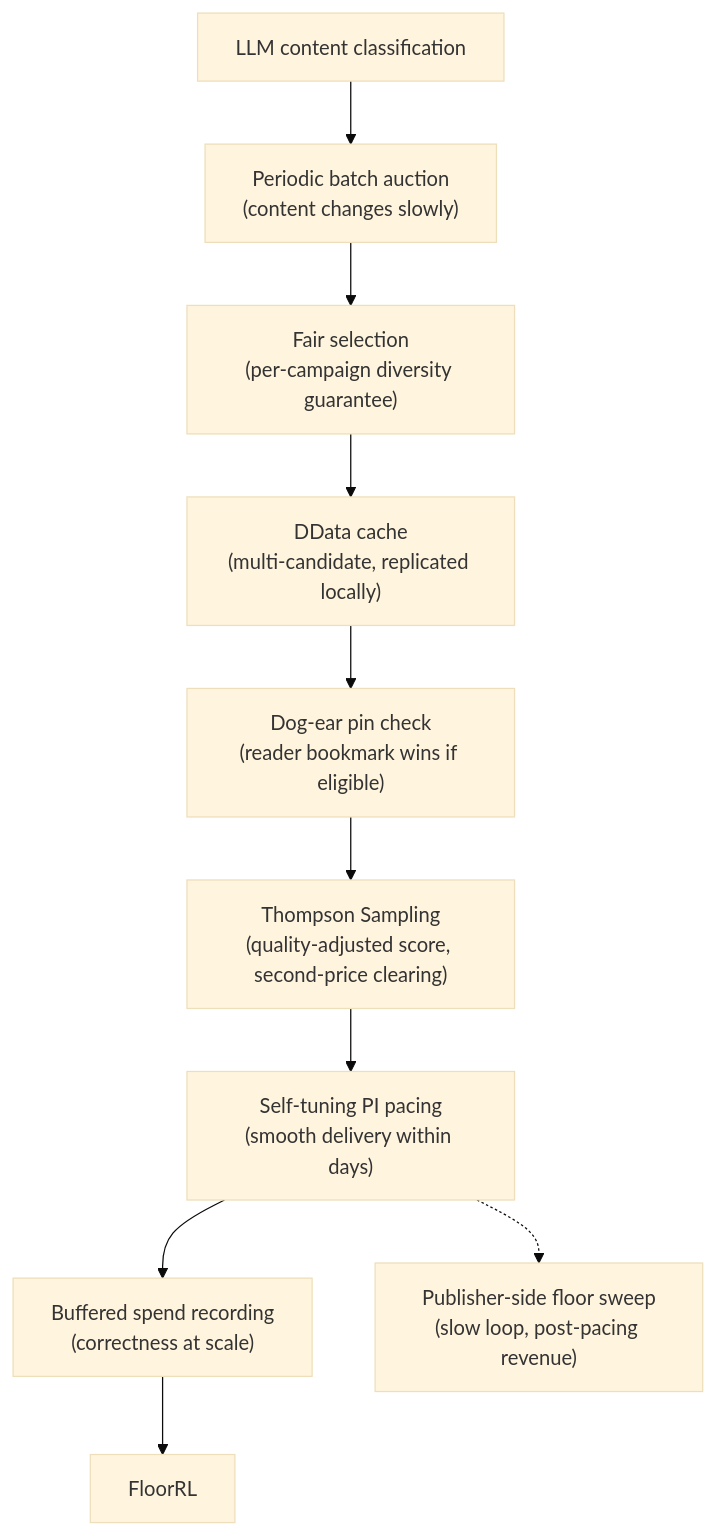
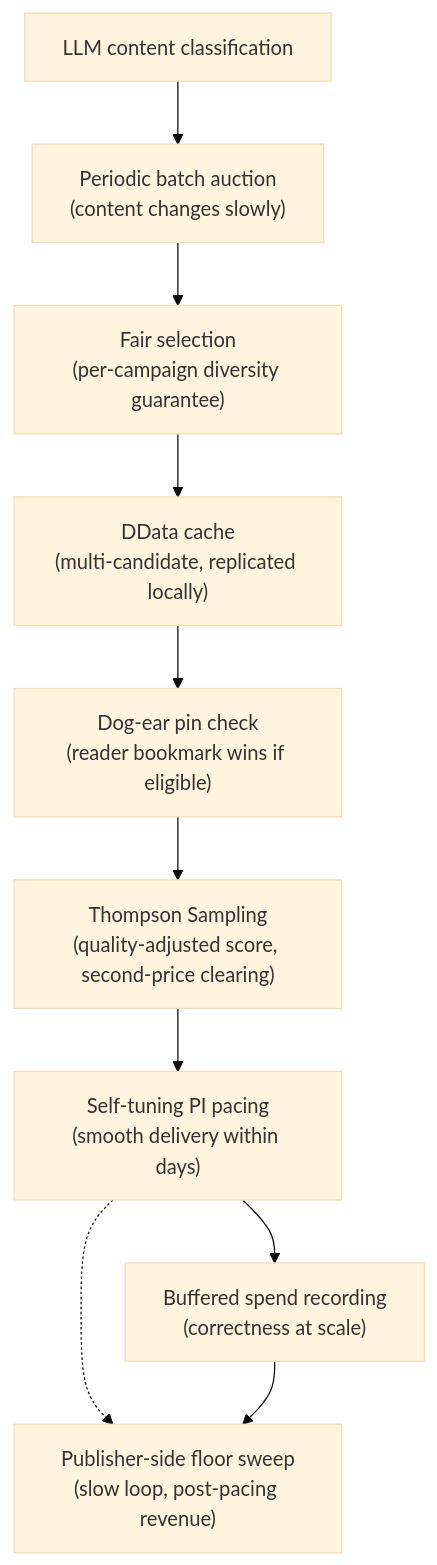
One commit to promovolve/promovolve-book changed the diagram in src/comparison/innovations.md. Above: the diagram before and after it, drawn with Mermaid (base theme). The commit also changed other lines of this file and 13 other files, not shown here.

````diff
--- a/src/comparison/innovations.md
+++ b/src/comparison/innovations.md
@@ -101,12 +101,12 @@
 ```mermaid
 graph TD
     LLM["LLM content classification"] --> Auction["Periodic batch auction<br/>(content changes slowly)"]
     Auction --> Fair["Fair selection<br/>(per-campaign diversity guarantee)"]
     Fair --> DData["DData cache<br/>(multi-candidate, replicated locally)"]
     DData --> Pin["Dog-ear pin check<br/>(reader bookmark wins if eligible)"]
     Pin --> TS["Thompson Sampling<br/>(quality-adjusted score, second-price clearing)"]
     TS --> PI["Self-tuning PI pacing<br/>(smooth delivery within days)"]
     PI --> Spend["Buffered spend recording<br/>(correctness at scale)"]
     PI -.-> FloorSweep["Publisher-side floor sweep<br/>(slow loop, post-pacing revenue)"]
-    Spend --> FloorRL
+    Spend --> FloorSweep
 ```
````
